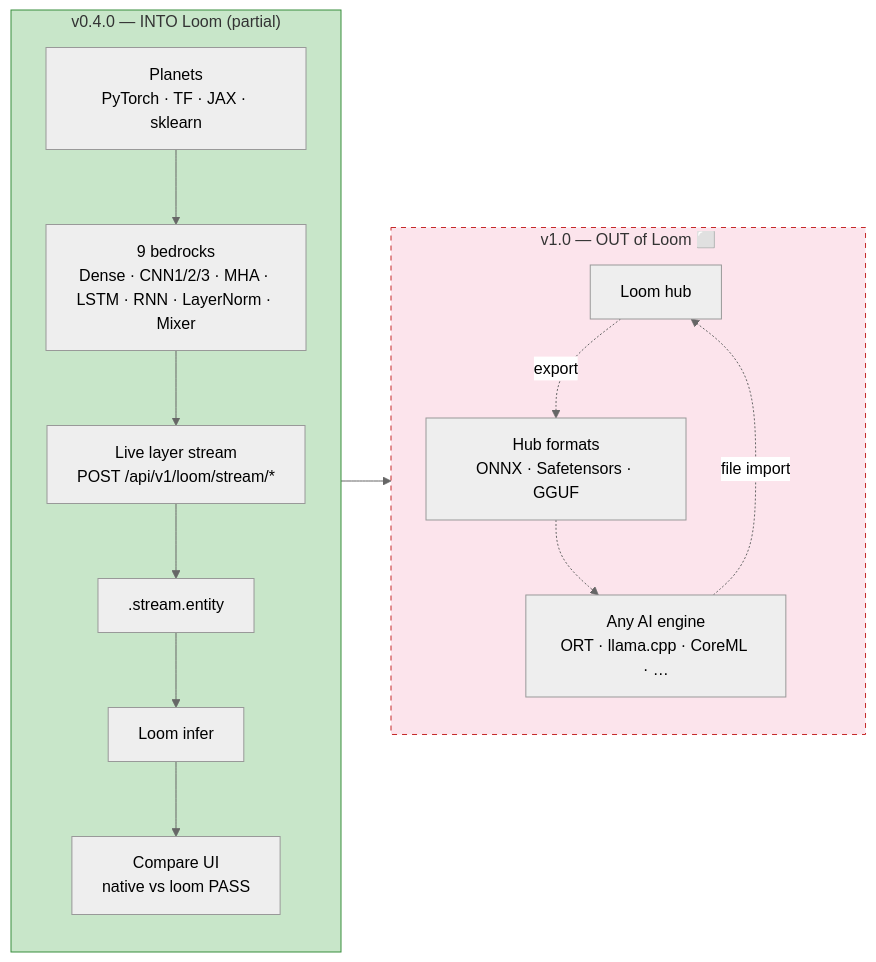
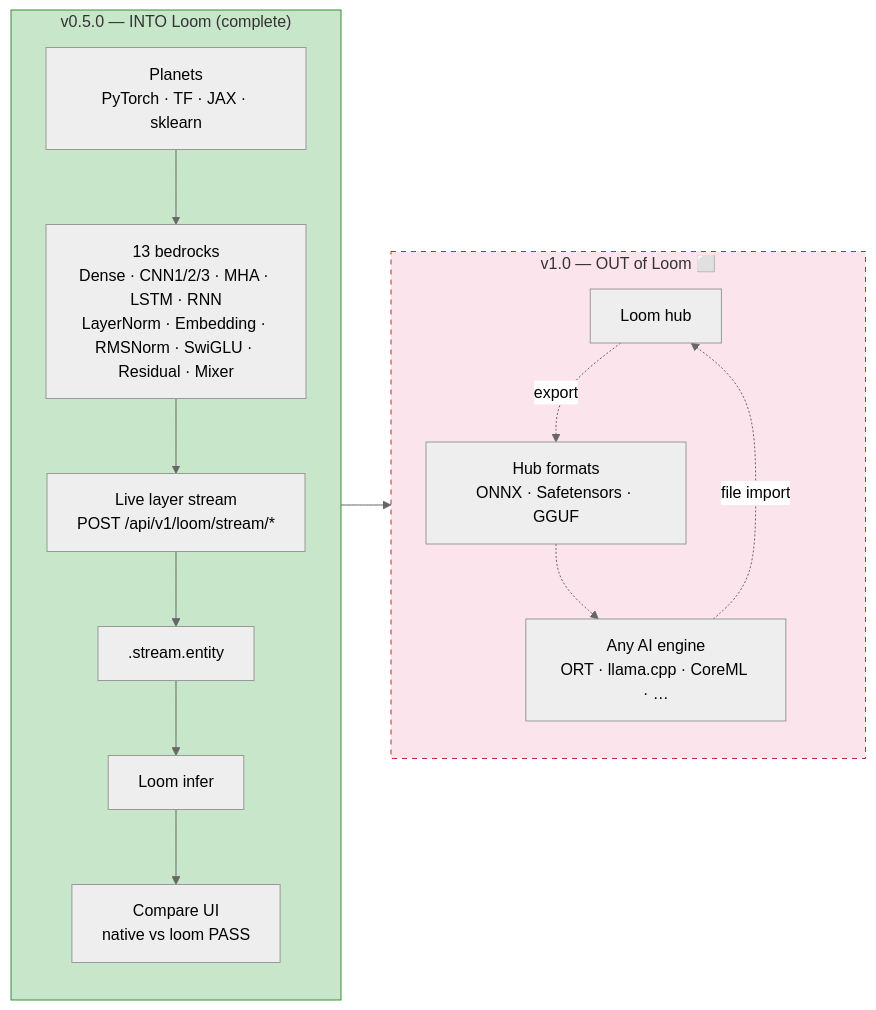
Before and after one commit to openfluke/planetbridging: the first of 2 diagrams in README.md, drawn with Mermaid (neutral theme). The commit also changed other lines of this file and 20 other files, not shown here.

````diff
--- a/README.md
+++ b/README.md
@@ -70,29 +68,29 @@
 ```mermaid
 flowchart LR
-  subgraph NOW["v0.4.0 — INTO Loom (partial)"]
+  subgraph NOW["v0.5.0 — INTO Loom (complete)"]
     direction TB
     P["Planets<br/>PyTorch · TF · JAX · sklearn"]
-    B["9 bedrocks<br/>Dense · CNN1/2/3 · MHA · LSTM · RNN · LayerNorm · Mixer"]
+    B["13 bedrocks<br/>Dense · CNN1/2/3 · MHA · LSTM · RNN<br/>LayerNorm · Embedding · RMSNorm · SwiGLU · Residual · Mixer"]
     S["Live layer stream<br/>POST /api/v1/loom/stream/*"]
     E[".stream.entity"]
     L["Loom infer"]
     C["Compare UI<br/>native vs loom PASS"]
     P --> B --> S --> E --> L --> C
   end
 
   subgraph LATER["v1.0 — OUT of Loom ⬜"]
     direction TB
     L2["Loom hub"]
     H["Hub formats<br/>ONNX · Safetensors · GGUF"]
     X["Any AI engine<br/>ORT · llama.cpp · CoreML · …"]
     L2 -.->|"export"| H -.-> X
     X -.->|"file import"| L2
   end
 
   L --> L2
 
   classDef done fill:#c8e6c9,stroke:#388e3c
   classDef todo fill:#fce4ec,stroke:#c62828,stroke-dasharray:5 5
   class NOW done
   class LATER todo
 ```
````
